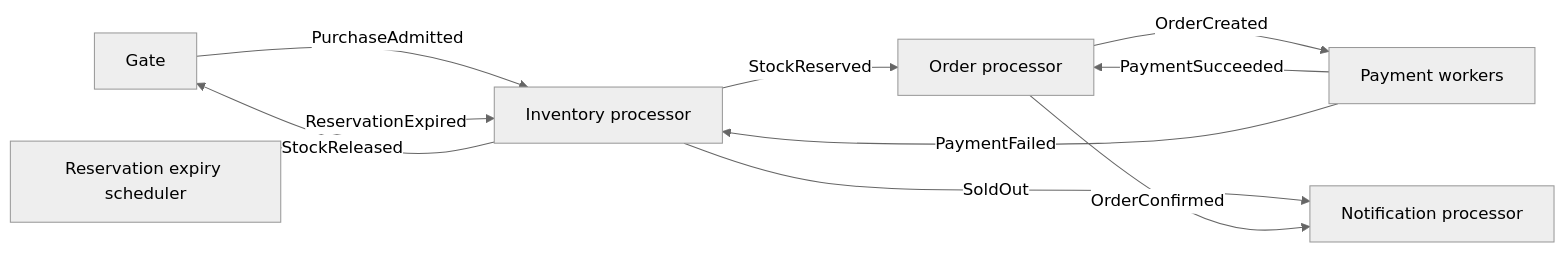
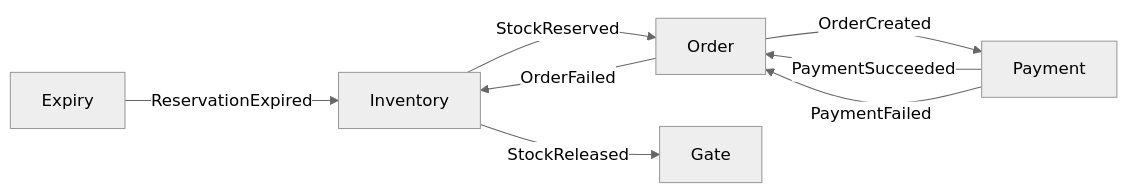
One commit to Iffrah992/Advanced-software-architecture-patterns changed the fourth of 9 diagrams in architecture-patterns.md. Above: the diagram before and after it, drawn with Mermaid (neutral theme). The commit also changed other lines of this file, not shown here.

````diff
--- a/architecture-patterns.md
+++ b/architecture-patterns.md
@@ -163,12 +162,10 @@
 ```mermaid
 flowchart LR
-    G[Gate] -- PurchaseAdmitted --> INV[Inventory processor]
-    INV -- StockReserved --> ORD[Order processor]
-    INV -- SoldOut --> NOT[Notification processor]
-    ORD -- OrderCreated --> PAY[Payment workers]
-    PAY -- PaymentSucceeded --> ORD
-    PAY -- PaymentFailed --> INV
-    TTL[Reservation expiry scheduler] -- ReservationExpired --> INV
-    INV -- StockReleased --> G
-    ORD -- OrderConfirmed --> NOT
+    I[Inventory] -- StockReserved --> O[Order]
+    O -- OrderCreated --> P[Payment]
+    P -- PaymentSucceeded --> O
+    P -- PaymentFailed --> O
+    O -- OrderFailed --> I
+    X[Expiry] -- ReservationExpired --> I
+    I -- StockReleased --> G[Gate]
 ```
````
